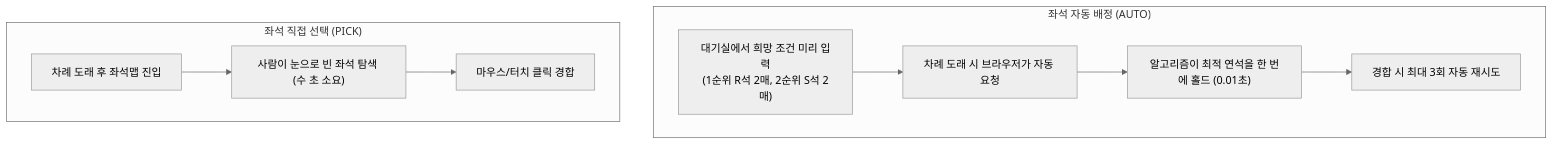
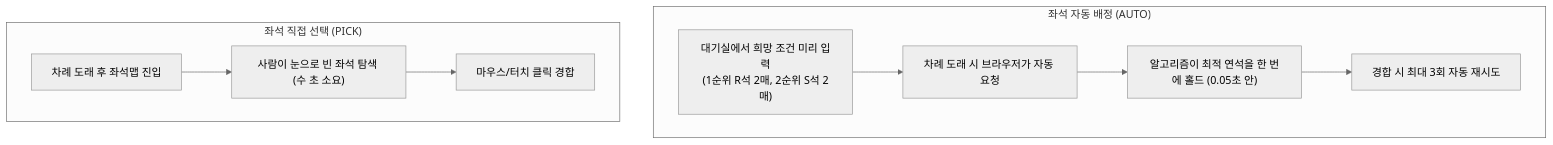
The third of 3 diagrams in guide/04-seat-hold.md (peaket/peaket), drawn with Mermaid (neutral theme) before and after one commit. The commit also changed other lines of this file and 111 other files, not shown here.

````diff
--- a/guide/04-seat-hold.md
+++ b/guide/04-seat-hold.md
@@ -117,13 +117,13 @@
 ```mermaid
 flowchart TD
     subgraph AUTO ["좌석 자동 배정 (AUTO)"]
         A1["대기실에서 희망 조건 미리 입력<br>(1순위 R석 2매, 2순위 S석 2매)"] --> A2["차례 도래 시 브라우저가 자동 요청"]
-        A2 --> A3["알고리즘이 최적 연석을 한 번에 홀드 (0.01초)"]
+        A2 --> A3["알고리즘이 최적 연석을 한 번에 홀드 (0.05초 안)"]
         A3 --> A4["경합 시 최대 3회 자동 재시도"]
     end
 
     subgraph PICK ["좌석 직접 선택 (PICK)"]
         P1["차례 도래 후 좌석맵 진입"] --> P2["사람이 눈으로 빈 좌석 탐색 (수 초 소요)"]
         P2 --> P3["마우스/터치 클릭 경합"]
     end
 ```
````
